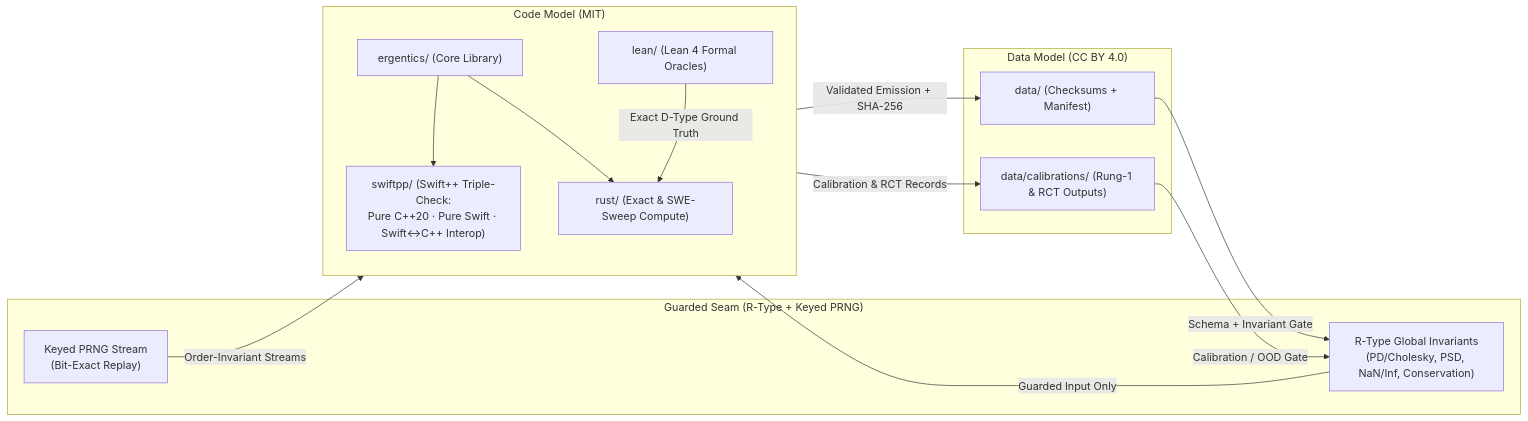
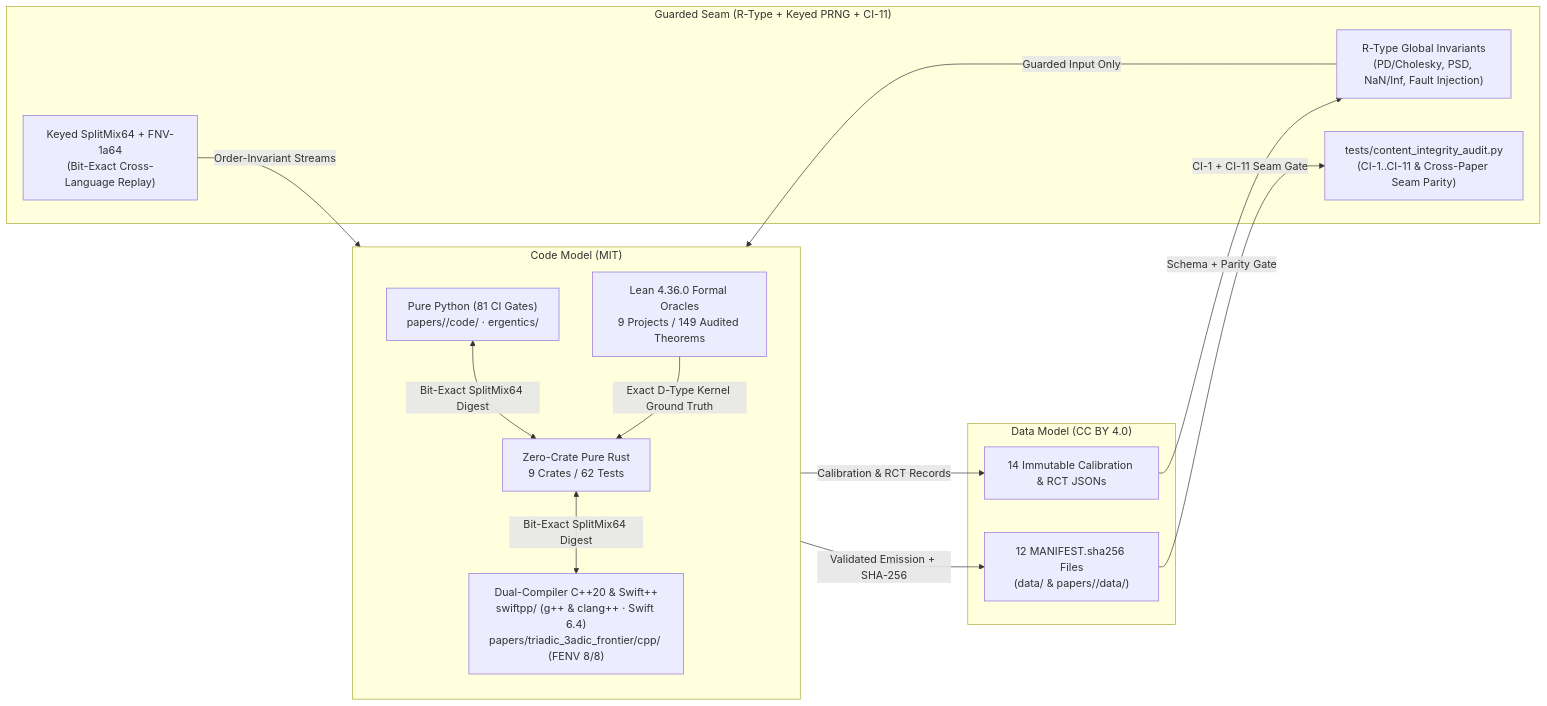
Before and after one commit to Ergentics1/Morpheus: the diagram in ARCHITECTURE.md, drawn with Mermaid. The commit also changed other lines of this file and 20 other files, not shown here.

First line of the commit message:
ADPIE Hardening: PC-III D/R/P/Seam SWE-Sweep, CI-11 Cross-Paper Seams, Dual g++/clang++ C++20 CI, & Portfolio Retrospective (#24)

````diff
--- a/ARCHITECTURE.md
+++ b/ARCHITECTURE.md
@@ -18,29 +18,30 @@
 ```mermaid
 flowchart LR
     subgraph CodeModel["Code Model (MIT)"]
-        ERG["ergentics/ (Core Library)"]
-        SPP["swiftpp/ (Swift++ Triple-Check:\nPure C++20 · Pure Swift · Swift↔C++ Interop)"]
-        LEAN["lean/ (Lean 4 Formal Oracles)"]
-        RUST["rust/ (Exact & SWE-Sweep Compute)"]
+        PY["Pure Python (81 CI Gates)\npapers/<slug>/code/ · ergentics/"]
+        SPP["Dual-Compiler C++20 & Swift++\nswiftpp/ (g++ & clang++ · Swift 6.4)\npapers/triadic_3adic_frontier/cpp/ (FENV 8/8)"]
+        LEAN["Lean 4.36.0 Formal Oracles\n9 Projects / 149 Audited Theorems"]
+        RUST["Zero-Crate Pure Rust\n9 Crates / 62 Tests"]
     end
 
-    subgraph Boundary["Guarded Seam (R-Type + Keyed PRNG)"]
-        RGUARD["R-Type Global Invariants\n(PD/Cholesky, PSD, NaN/Inf, Conservation)"]
-        KPRNG["Keyed PRNG Stream\n(Bit-Exact Replay)"]
+    subgraph Boundary["Guarded Seam (R-Type + Keyed PRNG + CI-11)"]
+        RGUARD["R-Type Global Invariants\n(PD/Cholesky, PSD, NaN/Inf, Fault Injection)"]
+        KPRNG["Keyed SplitMix64 + FNV-1a64\n(Bit-Exact Cross-Language Replay)"]
+        AUDIT["tests/content_integrity_audit.py\n(CI-1..CI-11 & Cross-Paper Seam Parity)"]
     end
 
     subgraph DataModel["Data Model (CC BY 4.0)"]
-        DATA["data/ (Checksums + Manifest)"]
-        CAL["data/calibrations/ (Rung-1 & RCT Outputs)"]
+        DATA["12 MANIFEST.sha256 Files\n(data/ & papers/<slug>/data/)"]
+        CAL["14 Immutable Calibration & RCT JSONs"]
     end
 
-    ERG --> SPP
-    ERG --> RUST
-    LEAN -->|"Exact D-Type Ground Truth"| RUST
+    PY <-->|"Bit-Exact SplitMix64 Digest"| RUST
+    RUST <-->|"Bit-Exact SplitMix64 Digest"| SPP
+    LEAN -->|"Exact D-Type Kernel Ground Truth"| RUST
     KPRNG -->|"Order-Invariant Streams"| CodeModel
     CodeModel -->|"Validated Emission + SHA-256"| DATA
     CodeModel -->|"Calibration & RCT Records"| CAL
-    DATA -->|"Schema + Invariant Gate"| RGUARD
-    CAL -->|"Calibration / OOD Gate"| RGUARD
+    DATA -->|"CI-1 + CI-11 Seam Gate"| AUDIT
+    CAL -->|"Schema + Parity Gate"| RGUARD
     RGUARD -->|"Guarded Input Only"| CodeModel
 ```
````
